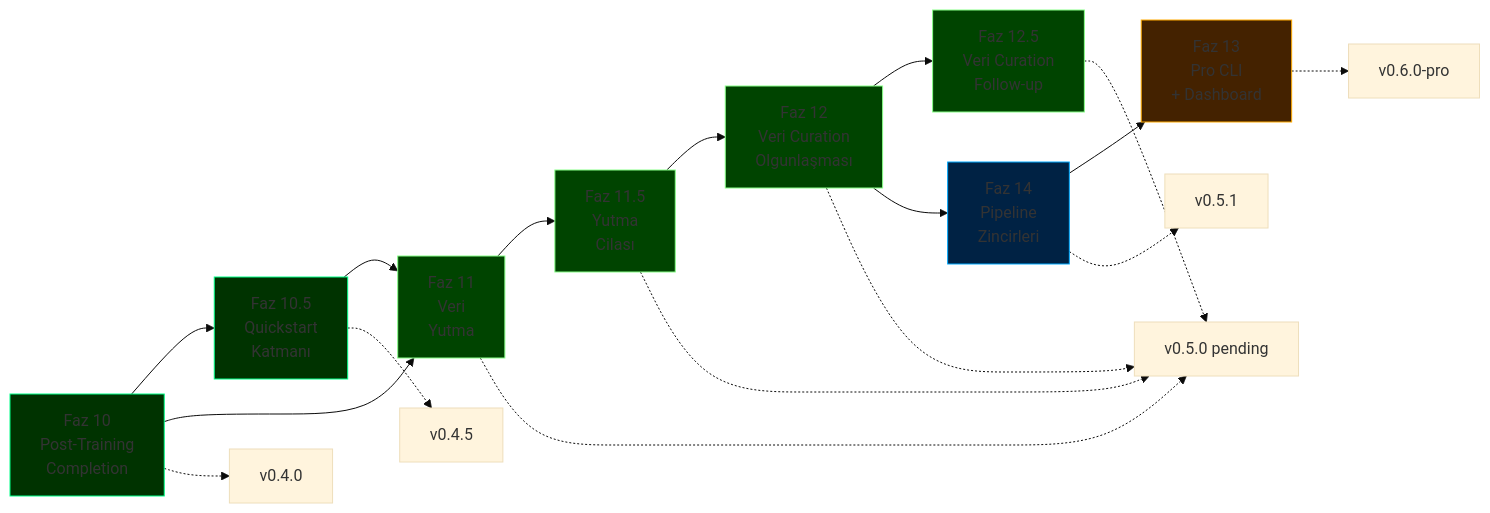
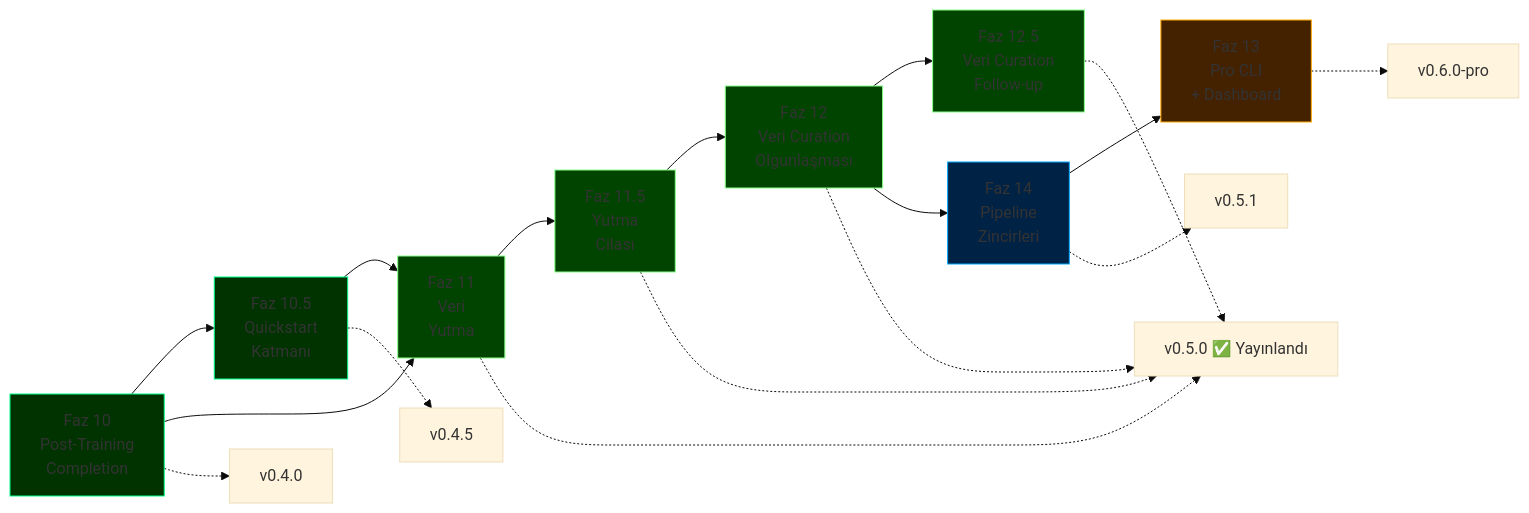
The diagram in docs/roadmap-tr.md (cemililik/ForgeLM), drawn with Mermaid (base theme) before and after one commit. The commit also changed 14 other files, not shown here.

````diff
--- a/docs/roadmap-tr.md
+++ b/docs/roadmap-tr.md
@@ -37,29 +37,29 @@
 ```mermaid
 graph LR
     P10[Faz 10<br/>Post-Training<br/>Completion] --> P105[Faz 10.5<br/>Quickstart<br/>Katmanı]
     P10 --> P11[Faz 11<br/>Veri<br/>Yutma]
     P105 --> P11
     P11 --> P115[Faz 11.5<br/>Yutma<br/>Cilası]
     P115 --> P12[Faz 12<br/>Veri Curation<br/>Olgunlaşması]
     P12 --> P125[Faz 12.5<br/>Veri Curation<br/>Follow-up]
     P12 --> P14[Faz 14<br/>Pipeline<br/>Zincirleri]
     P14 --> P13[Faz 13<br/>Pro CLI<br/>+ Dashboard]
 
     P10 -.-> V1[v0.4.0]
     P105 -.-> V15[v0.4.5]
-    P11 -.-> V2[v0.5.0 pending]
+    P11 -.-> V2[v0.5.0 ✅ Yayınlandı]
     P115 -.-> V2
     P12 -.-> V2
     P125 -.-> V2
     P14 -.-> V23[v0.5.1]
     P13 -.-> V3[v0.6.0-pro]
 
     style P10 fill:#003300,stroke:#00ff88
     style P105 fill:#003300,stroke:#00ff88
     style P11 fill:#004400,stroke:#88ff88
     style P115 fill:#004400,stroke:#88ff88
     style P12 fill:#004400,stroke:#88ff88
     style P125 fill:#004400,stroke:#88ff88
     style P14 fill:#002244,stroke:#00aaff
     style P13 fill:#442200,stroke:#ffaa00
 ```
````
